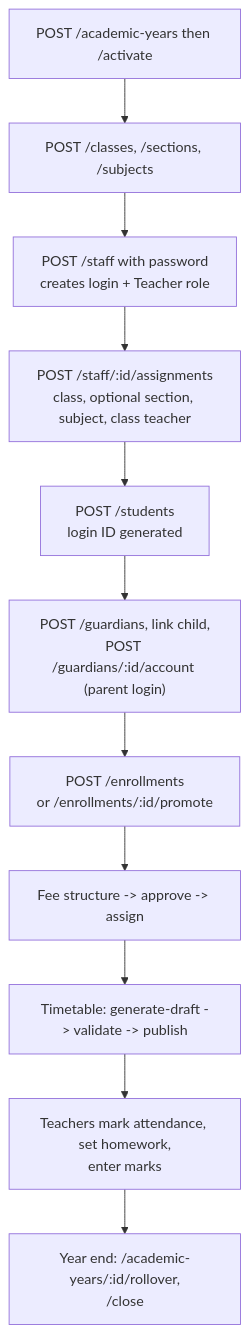
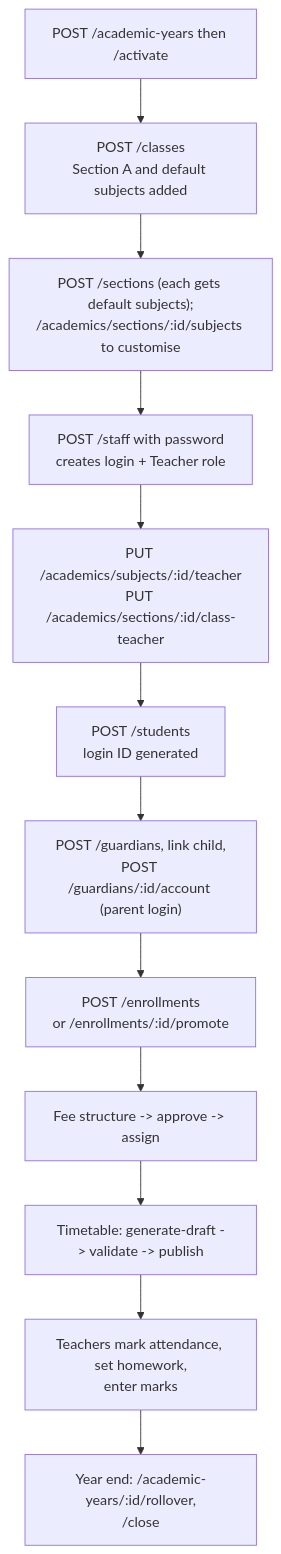
The fourth of 10 diagrams in docs/role-scenarios.md (DhanaSekhar-0-1/ERP_System), drawn with Mermaid before and after one commit. The commit also changed other lines of this file and 2 other files, not shown here.

First line of the commit message:
2026-11-09: Update project and role docs for the current state

````diff
--- a/docs/role-scenarios.md
+++ b/docs/role-scenarios.md
@@ -151,13 +156,14 @@
 ```mermaid
 flowchart TD
-  A["POST /academic-years then /activate"] --> B["POST /classes, /sections, /subjects"]
-  B --> C["POST /staff with password<br/>creates login + Teacher role"]
-  C --> D["POST /staff/:id/assignments<br/>class, optional section, subject, class teacher"]
+  A["POST /academic-years then /activate"] --> B["POST /classes<br/>Section A and default subjects added"]
+  B --> B2["POST /sections (each gets default subjects);<br/>/academics/sections/:id/subjects to customise"]
+  B2 --> C["POST /staff with password<br/>creates login + Teacher role"]
+  C --> D["PUT /academics/subjects/:id/teacher<br/>PUT /academics/sections/:id/class-teacher"]
   D --> E["POST /students<br/>login ID generated"]
   E --> F["POST /guardians, link child,<br/>POST /guardians/:id/account (parent login)"]
   F --> G["POST /enrollments<br/>or /enrollments/:id/promote"]
   G --> H["Fee structure -> approve -> assign"]
   H --> I["Timetable: generate-draft -> validate -> publish"]
   I --> J[Teachers mark attendance, set homework,<br/>enter marks]
   J --> K["Year end: /academic-years/:id/rollover,<br/>/close"]
 ```
````
